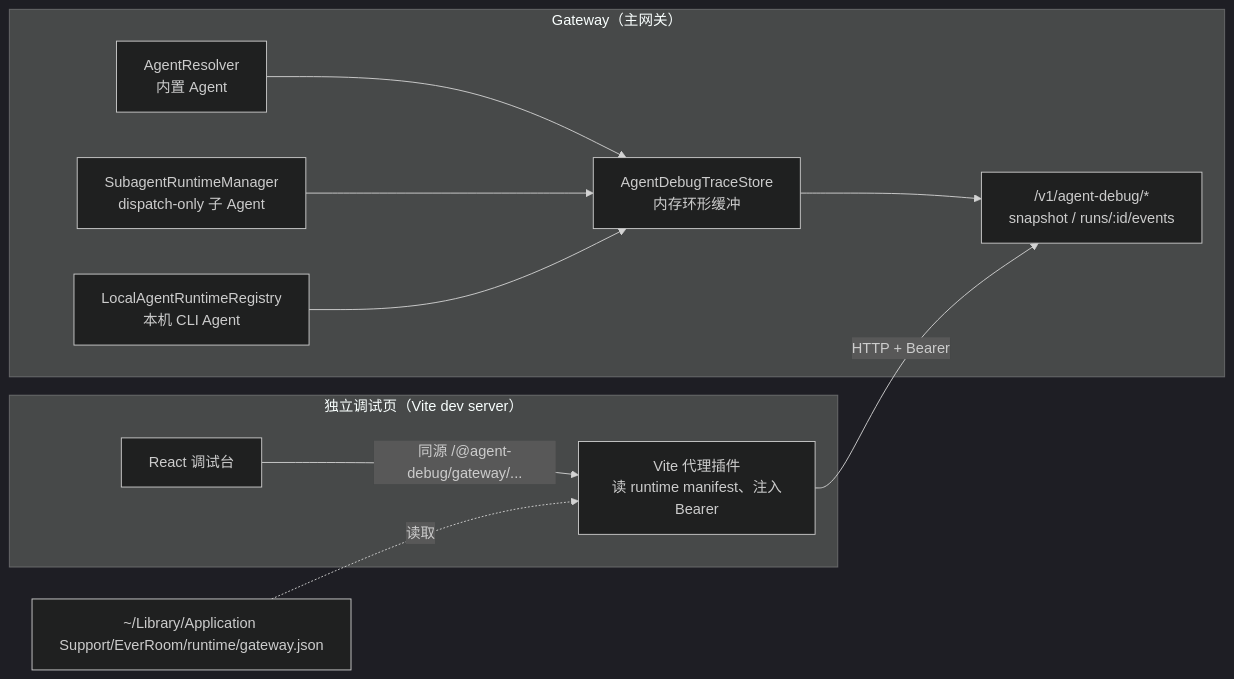
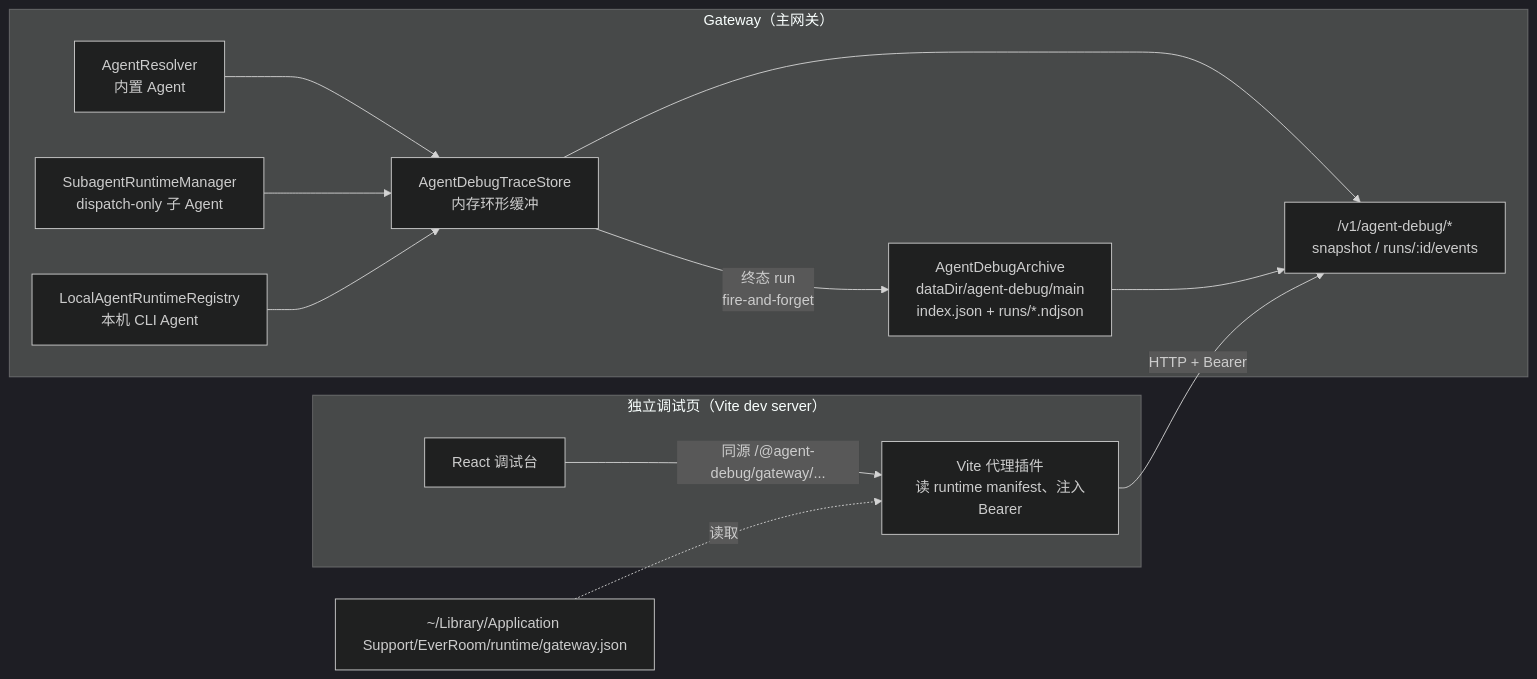
The diagram in docs/agent-debug-page.zh-CN.md (NxcoreAI/EverOffice), drawn with Mermaid (dark theme) before and after one commit. The commit also changed other lines of this file and 68 other files, not shown here.

````diff
--- a/docs/agent-debug-page.zh-CN.md
+++ b/docs/agent-debug-page.zh-CN.md
@@ -26,22 +28,27 @@
 ```mermaid
 flowchart LR
   subgraph Runtime["Gateway（主网关）"]
     R["AgentResolver
  内置 Agent"] --> T["AgentDebugTraceStore
  内存环形缓冲"]
     S["SubagentRuntimeManager
  dispatch-only 子 Agent"] --> T
     L["LocalAgentRuntimeRegistry
  本机 CLI Agent"] --> T
     T --> API["/v1/agent-debug/*
  snapshot / runs/:id/events"]
+    T -->|终态 run
+ fire-and-forget| A["AgentDebugArchive
+ dataDir/agent-debug/main
+ index.json + runs/*.ndjson"]
+    A --> API
   end
 
   subgraph Page["独立调试页（Vite dev server）"]
     P["React 调试台"] -->|同源 /@agent-debug/gateway/...| V["Vite 代理插件
  读 runtime manifest、注入 Bearer"]
     V -->|HTTP + Bearer| API
   end
 
   M["~/Library/Application Support/EverRoom/runtime/gateway.json"] -.读取.-> V
 ```
````
